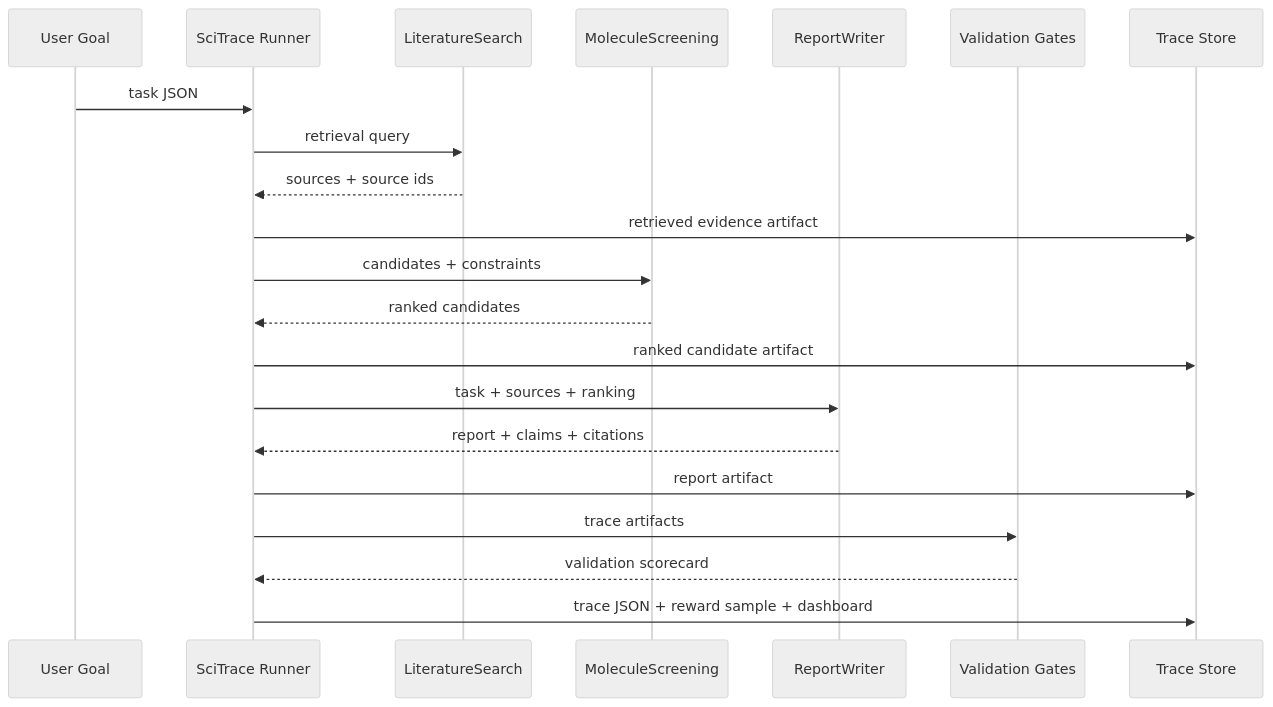
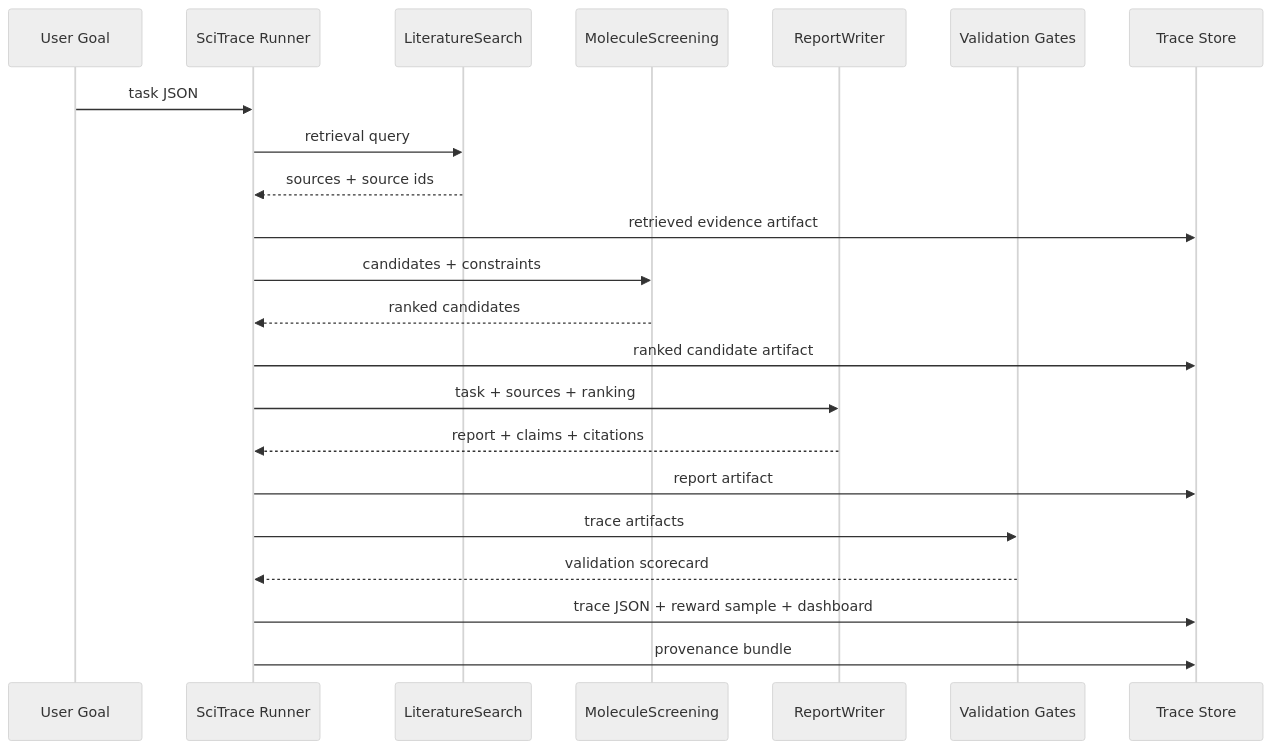
One commit to Kevin-Li-2025/SciTrace_RL changed the diagram in docs/architecture.md. Above: the diagram before and after it, drawn with Mermaid (neutral theme). The commit also changed other lines of this file and 9 other files, not shown here.

````diff
--- a/docs/architecture.md
+++ b/docs/architecture.md
@@ -66,24 +76,25 @@
 ```mermaid
 sequenceDiagram
     participant User as User Goal
     participant Runner as SciTrace Runner
     participant Search as LiteratureSearch
     participant Screen as MoleculeScreening
     participant Writer as ReportWriter
     participant Gates as Validation Gates
     participant Store as Trace Store
 
     User->>Runner: task JSON
     Runner->>Search: retrieval query
     Search-->>Runner: sources + source ids
     Runner->>Store: retrieved evidence artifact
     Runner->>Screen: candidates + constraints
     Screen-->>Runner: ranked candidates
     Runner->>Store: ranked candidate artifact
     Runner->>Writer: task + sources + ranking
     Writer-->>Runner: report + claims + citations
     Runner->>Store: report artifact
     Runner->>Gates: trace artifacts
     Gates-->>Runner: validation scorecard
     Runner->>Store: trace JSON + reward sample + dashboard
+    Runner->>Store: provenance bundle
 ```
````
